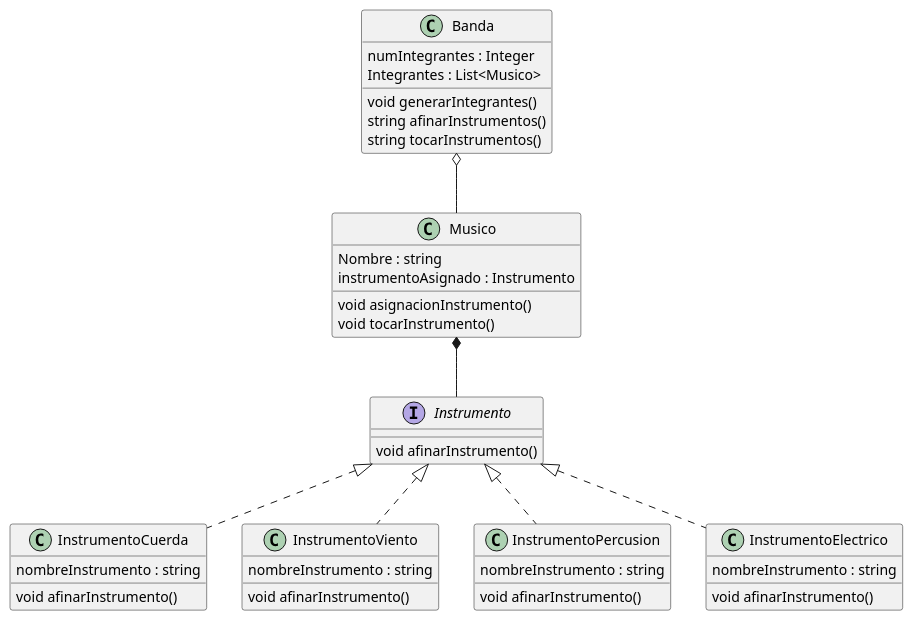
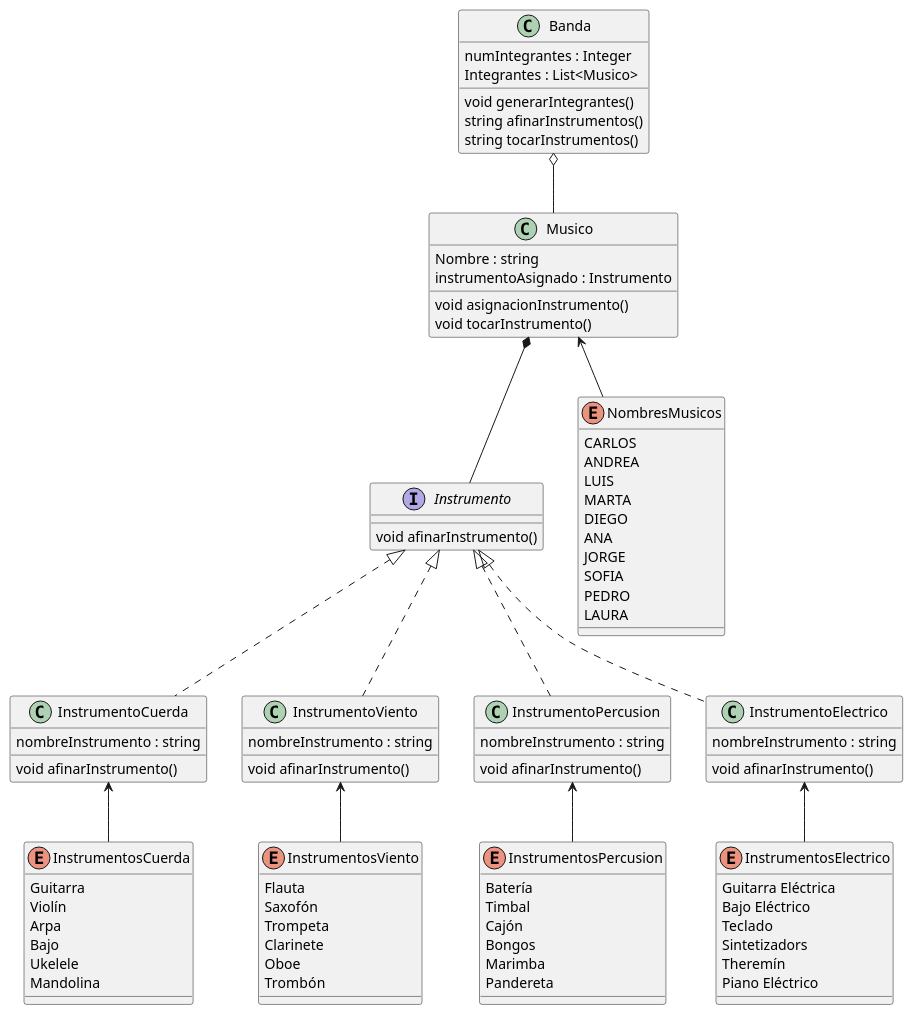
Before and after one commit to Arlo-O/RepoModelosII: the diagram in UMLBanda/Clases.plantuml, drawn with PlantUML. The commit also changed 1 other file, not shown here.

```diff
--- a/UMLBanda/Clases.plantuml
+++ b/UMLBanda/Clases.plantuml
@@ -1,56 +1,111 @@
-@startuml BandaUml
+@startuml BandaClasesUml
 
 class Banda {
     numIntegrantes : Integer
     Integrantes : List<Musico>
 
     void generarIntegrantes()
     string afinarInstrumentos()
     string tocarInstrumentos()
 }
 
 interface Instrumento {
   void afinarInstrumento()
 }
 
 class InstrumentoCuerda {
   nombreInstrumento : string
 
   void afinarInstrumento()
 }
 
 class InstrumentoViento {
   nombreInstrumento : string
 
   void afinarInstrumento()
 }
 
 class InstrumentoPercusion {
   nombreInstrumento : string
 
   void afinarInstrumento()
 }
 
 class InstrumentoElectrico{
   nombreInstrumento : string
 
   void afinarInstrumento()
 }
 
+enum NombresMusicos {
+  CARLOS
+  ANDREA
+  LUIS
+  MARTA
+  DIEGO
+  ANA
+  JORGE
+  SOFIA
+  PEDRO
+  LAURA
+}
+
 class Musico {
   Nombre : string
   instrumentoAsignado : Instrumento
 
   void asignacionInstrumento()
   void tocarInstrumento()
 }
 
+enum InstrumentosCuerda{
+  Guitarra
+  Violín
+  Arpa
+  Bajo
+  Ukelele
+  Mandolina
+}
+
+enum InstrumentosViento{
+  Flauta
+  Saxofón
+  Trompeta
+  Clarinete
+  Oboe
+  Trombón
+}
+
+enum InstrumentosPercusion{
+  Batería
+  Timbal
+  Cajón
+  Bongos
+  Marimba
+  Pandereta
+}
+
+enum InstrumentosElectrico{
+  Guitarra Eléctrica
+  Bajo Eléctrico
+  Teclado
+  Sintetizadors
+  Theremín
+  Piano Eléctrico
+}
+
+
 
 Banda o-- Musico
 Musico *-- Instrumento
+Musico <-- NombresMusicos
 Instrumento <|.. InstrumentoCuerda
 Instrumento <|.. InstrumentoViento
 Instrumento <|.. InstrumentoPercusion
 Instrumento <|.. InstrumentoElectrico
+InstrumentoElectrico <-- InstrumentosElectrico
+InstrumentoCuerda <-- InstrumentosCuerda
+InstrumentoViento <-- InstrumentosViento
+InstrumentoPercusion <-- InstrumentosPercusion
 
 @enduml
```
